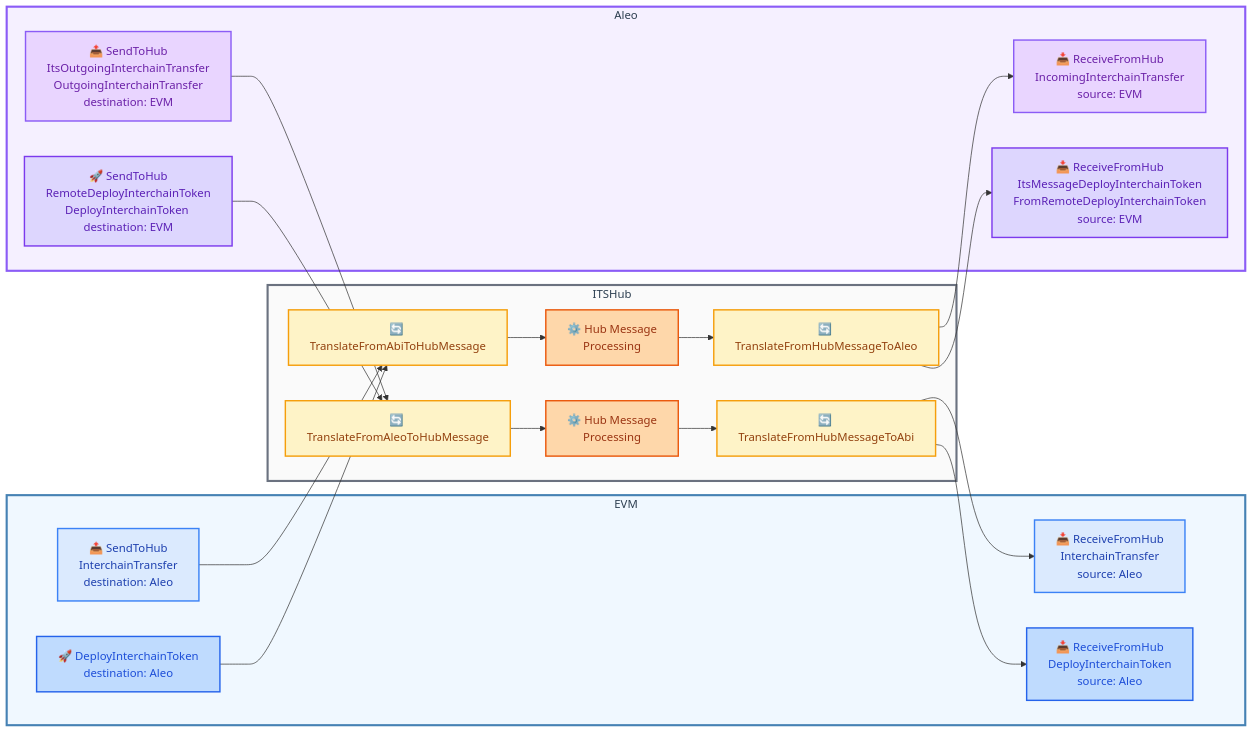
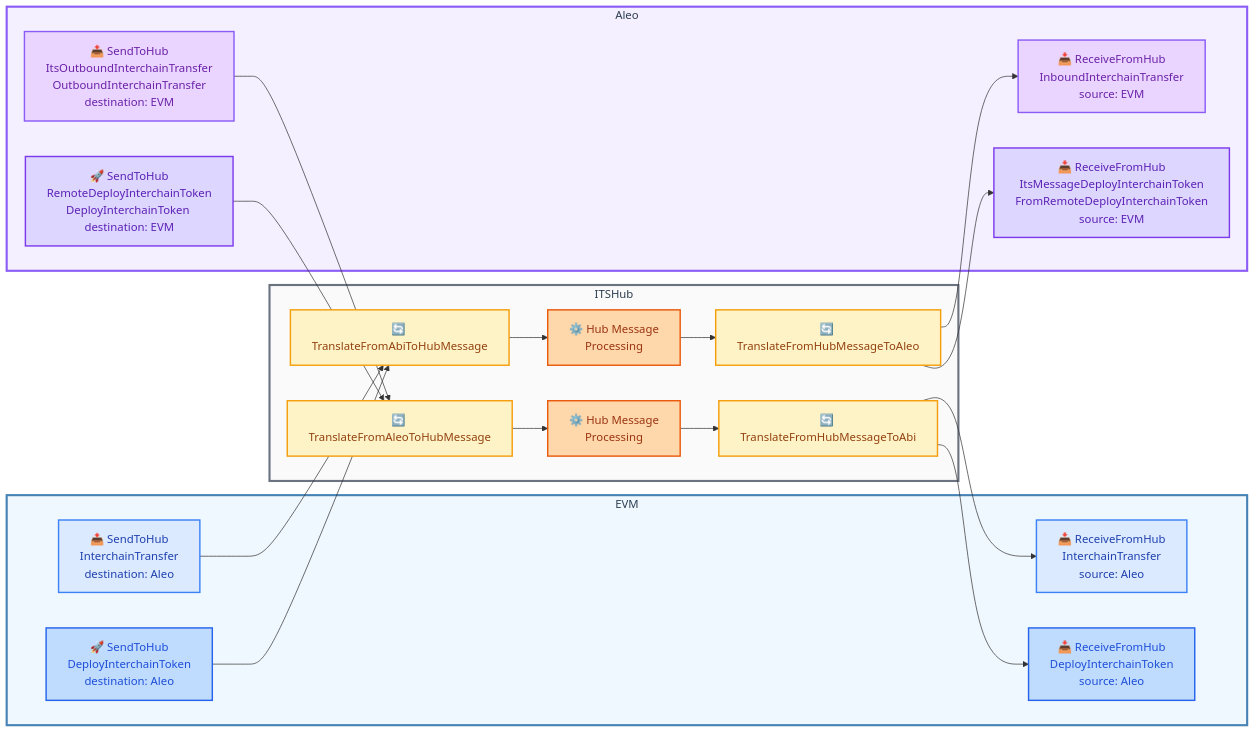
Before and after one commit to eigerco/axelar-amplifier: the diagram in contracts/its-aleo-translator/README.md, drawn with Mermaid. The commit also changed other lines of this file and 3 other files, not shown here.

````diff
--- a/contracts/its-aleo-translator/README.md
+++ b/contracts/its-aleo-translator/README.md
@@ -36,64 +36,64 @@
 ```mermaid
 flowchart LR
     subgraph EVM
         A[📤 SendToHub<br/>InterchainTransfer<br/>destination: Aleo]
         H[📥 ReceiveFromHub<br/>InterchainTransfer<br/>source: Aleo]
-        L[🚀 DeployInterchainToken<br/>destination: Aleo]
+        L[🚀 SendToHub<br/>DeployInterchainToken<br/>destination: Aleo]
         M[📥 ReceiveFromHub<br/>DeployInterchainToken<br/>source: Aleo]
     end
     subgraph Aleo
-        E[📥 ReceiveFromHub<br/>IncomingInterchainTransfer<br/>source: EVM]
-        G[📤 SendToHub<br/>ItsOutgoingInterchainTransfer<br/>OutgoingInterchainTransfer<br/>destination: EVM]
+        E[📥 ReceiveFromHub<br/>InboundInterchainTransfer<br/>source: EVM]
+        G[📤 SendToHub<br/>ItsOutboundInterchainTransfer<br/>OutboundInterchainTransfer<br/>destination: EVM]
         N[📥 ReceiveFromHub<br/>ItsMessageDeployInterchainToken<br/>FromRemoteDeployInterchainToken<br/>source: EVM]
         O[🚀 SendToHub<br/>RemoteDeployInterchainToken<br/>DeployInterchainToken <br/>destination: EVM]
     end
     subgraph ITSHub
         C[🔄 TranslateFromAbiToHubMessage]
         F[⚙️ Hub Message<br/>Processing]
         D[🔄 TranslateFromHubMessageToAleo]
         I[🔄 TranslateFromAleoToHubMessage]
         J[⚙️ Hub Message<br/>Processing]
         K[🔄 TranslateFromHubMessageToAbi]
     end
     %% EVM to Aleo flow
     A --> C
     C --> F
     F --> D
     D --> E
     %% Aleo to EVM flow
     G --> I
     I --> J
     J --> K
     K --> H
     %% EVM DeployInterchainToken to Aleo flow
     L --> C
     D --> N
     %% Aleo DeployInterchainToken to EVM flow
     O --> I
     K --> M
 
     %% Improved color scheme
     style EVM fill:#f0f8ff,stroke:#4682b4,stroke-width:3px,color:#2c3e50
     style Aleo fill:#f5f0ff,stroke:#8b5cf6,stroke-width:3px,color:#2c3e50
     style ITSHub fill:#fafafa,stroke:#6b7280,stroke-width:3px,color:#2c3e50
 
     %% EVM nodes - blue theme
     style A fill:#dbeafe,stroke:#3b82f6,stroke-width:2px,color:#1e40af
     style H fill:#dbeafe,stroke:#3b82f6,stroke-width:2px,color:#1e40af
     style L fill:#bfdbfe,stroke:#2563eb,stroke-width:2px,color:#1d4ed8
     style M fill:#bfdbfe,stroke:#2563eb,stroke-width:2px,color:#1d4ed8
 
     %% Aleo nodes - purple theme
     style E fill:#e9d5ff,stroke:#8b5cf6,stroke-width:2px,color:#6b21a8
     style G fill:#e9d5ff,stroke:#8b5cf6,stroke-width:2px,color:#6b21a8
     style N fill:#ddd6fe,stroke:#7c3aed,stroke-width:2px,color:#5b21b6
     style O fill:#ddd6fe,stroke:#7c3aed,stroke-width:2px,color:#5b21b6
 
     %% Hub processing nodes - warm theme
     style C fill:#fef3c7,stroke:#f59e0b,stroke-width:2px,color:#92400e
     style D fill:#fef3c7,stroke:#f59e0b,stroke-width:2px,color:#92400e
     style I fill:#fef3c7,stroke:#f59e0b,stroke-width:2px,color:#92400e
     style K fill:#fef3c7,stroke:#f59e0b,stroke-width:2px,color:#92400e
     style F fill:#fed7aa,stroke:#ea580c,stroke-width:2px,color:#9a3412
     style J fill:#fed7aa,stroke:#ea580c,stroke-width:2px,color:#9a3412
 ```
````
